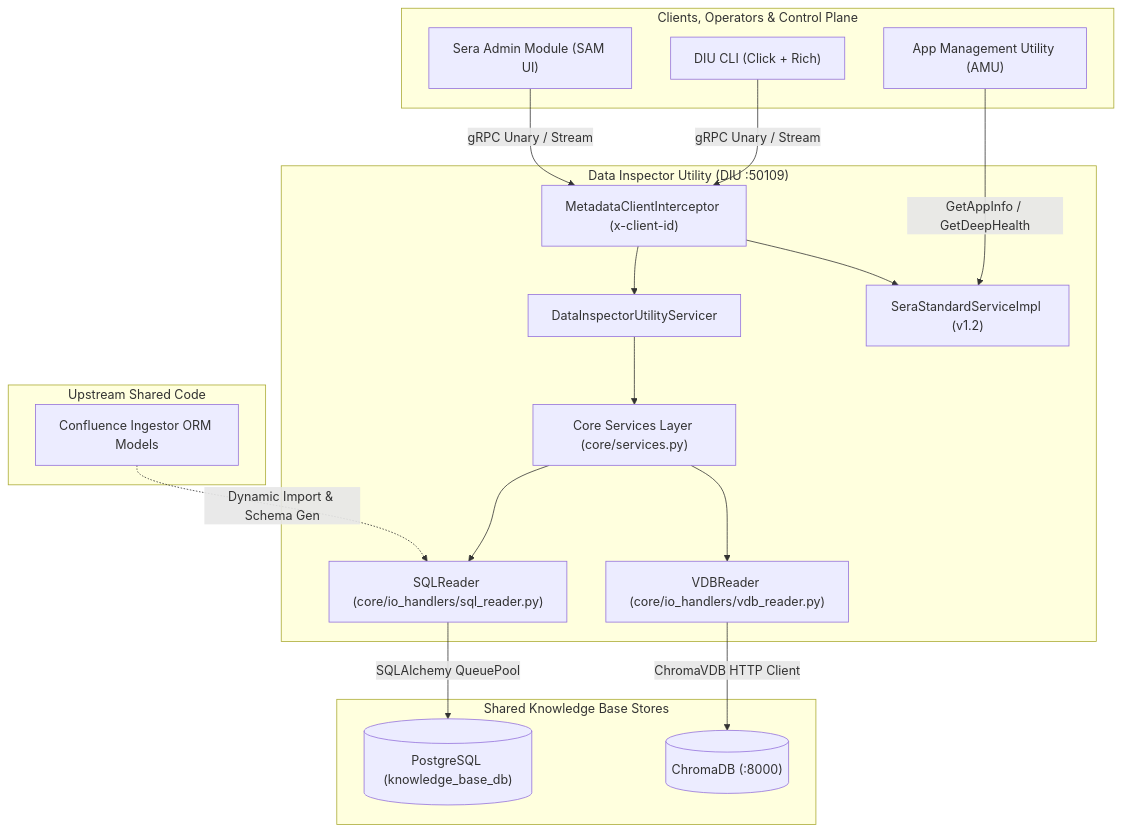
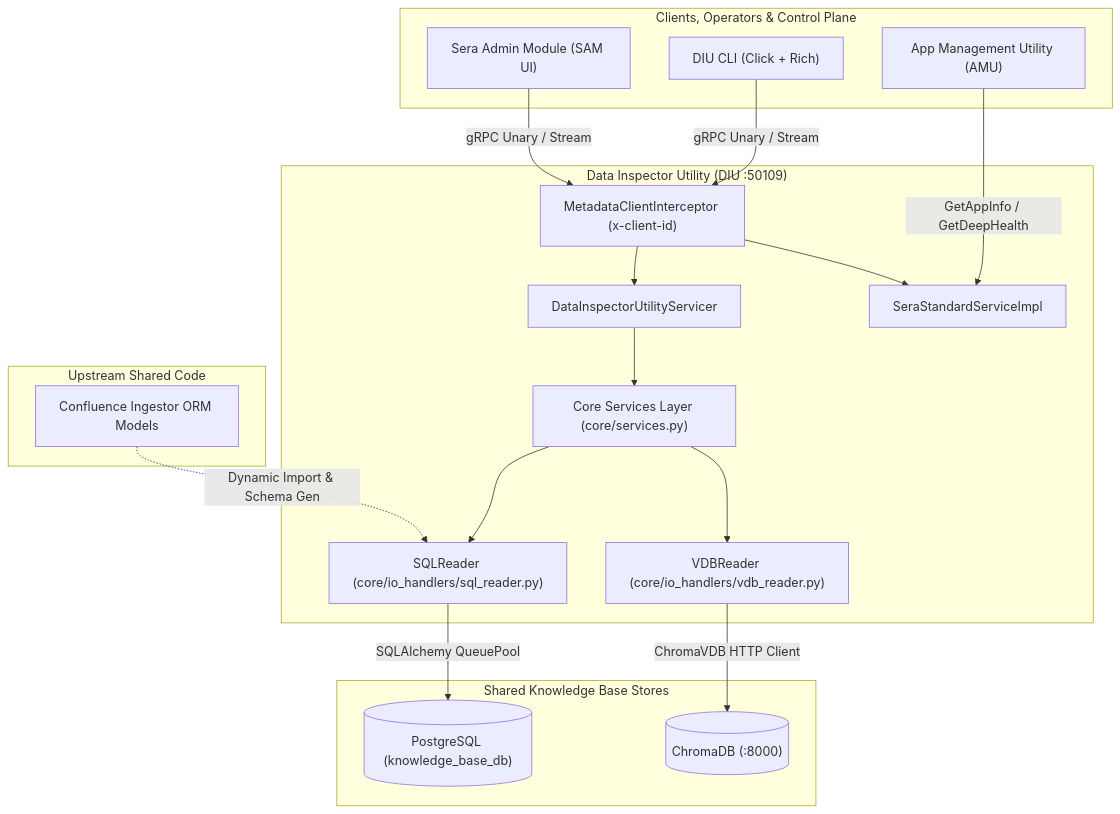
The diagram in diu_design.md (ssunthor/utilities-guides), drawn with Mermaid before and after one commit. The commit also changed other lines of this file and 4 other files, not shown here.

````diff
--- a/diu_design.md
+++ b/diu_design.md
@@ -40,41 +50,41 @@
 ```mermaid
 graph TD
     subgraph Clients ["Clients, Operators & Control Plane"]
         SAM["Sera Admin Module (SAM UI)"]
         CLI["DIU CLI (Click + Rich)"]
         AMU["App Management Utility (AMU)"]
     end
 
     subgraph DIU_Core ["Data Inspector Utility (DIU :50109)"]
         Interceptor["MetadataClientInterceptor (x-client-id)"]
         GRPC_DIU["DataInspectorUtilityServicer"]
-        GRPC_SERA["SeraStandardServiceImpl (v1.2)"]
+        GRPC_SERA["SeraStandardServiceImpl"]
         ServiceLayer["Core Services Layer (core/services.py)"]
         SQLReader["SQLReader (core/io_handlers/sql_reader.py)"]
         VDBReader["VDBReader (core/io_handlers/vdb_reader.py)"]
     end
 
     subgraph Storage ["Shared Knowledge Base Stores"]
         PG[("PostgreSQL (knowledge_base_db)")]
         Chroma[("ChromaDB (:8000)")]
     end
 
     subgraph External_Models ["Upstream Shared Code"]
         CFI["Confluence Ingestor ORM Models"]
     end
 
     CLI -->|gRPC Unary / Stream| Interceptor
     SAM -->|gRPC Unary / Stream| Interceptor
     AMU -->|GetAppInfo / GetDeepHealth| GRPC_SERA
 
     Interceptor --> GRPC_DIU
     Interceptor --> GRPC_SERA
 
     GRPC_DIU --> ServiceLayer
     ServiceLayer --> SQLReader
     ServiceLayer --> VDBReader
 
     SQLReader -->|SQLAlchemy QueuePool| PG
     VDBReader -->|ChromaVDB HTTP Client| Chroma
     CFI -.->|Dynamic Import & Schema Gen| SQLReader
 ```
````
